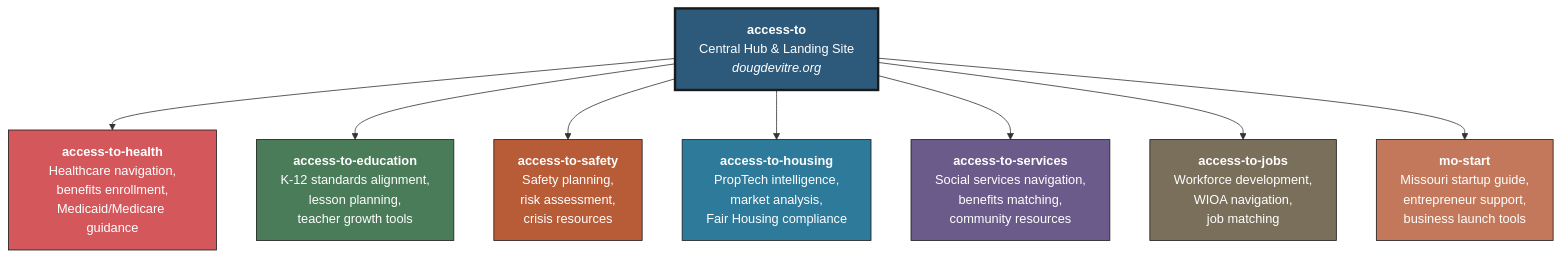
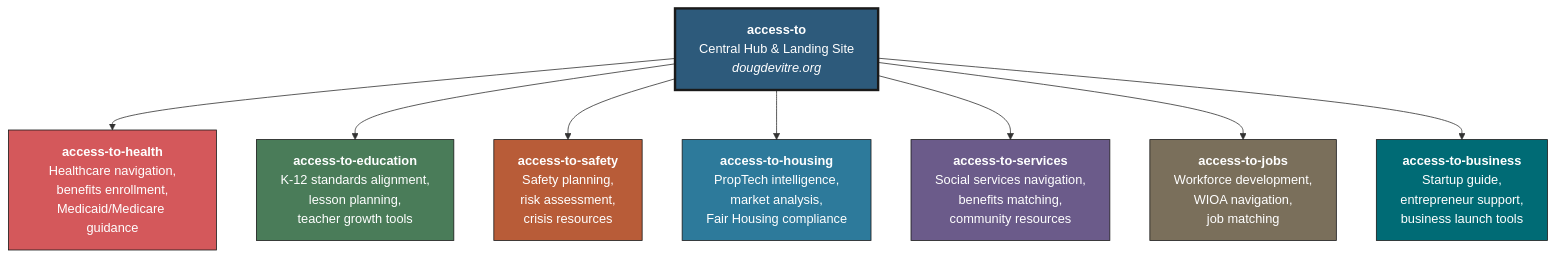
Before and after one commit to dougdevitre/access-to: the second of 6 diagrams in README.md, drawn with Mermaid. The commit also changed other lines of this file and 19 other files, not shown here.

````diff
--- a/README.md
+++ b/README.md
@@ -103,21 +103,21 @@
 ```mermaid
 flowchart TB
     HUB["<b>access-to</b><br/>Central Hub & Landing Site<br/><i>dougdevitre.org</i>"]
 
     HUB --> HEALTH["<b>access-to-health</b><br/>Healthcare navigation,<br/>benefits enrollment,<br/>Medicaid/Medicare guidance"]
     HUB --> EDU["<b>access-to-education</b><br/>K-12 standards alignment,<br/>lesson planning,<br/>teacher growth tools"]
     HUB --> SAFETY["<b>access-to-safety</b><br/>Safety planning,<br/>risk assessment,<br/>crisis resources"]
     HUB --> HOUSING["<b>access-to-housing</b><br/>PropTech intelligence,<br/>market analysis,<br/>Fair Housing compliance"]
     HUB --> SERVICES["<b>access-to-services</b><br/>Social services navigation,<br/>benefits matching,<br/>community resources"]
     HUB --> JOBS["<b>access-to-jobs</b><br/>Workforce development,<br/>WIOA navigation,<br/>job matching"]
-    HUB --> MOSTART["<b>mo-start</b><br/>Missouri startup guide,<br/>entrepreneur support,<br/>business launch tools"]
+    HUB --> BIZ["<b>access-to-business</b><br/>Startup guide,<br/>entrepreneur support,<br/>business launch tools"]
 
     style HUB fill:#2D5A7B,stroke:#1A1A1A,color:#fff,stroke-width:3px
     style HEALTH fill:#D4585B,stroke:#1A1A1A,color:#fff
     style EDU fill:#4A7C59,stroke:#1A1A1A,color:#fff
     style SAFETY fill:#B85C38,stroke:#1A1A1A,color:#fff
     style HOUSING fill:#2D7A9B,stroke:#1A1A1A,color:#fff
     style SERVICES fill:#6B5B8A,stroke:#1A1A1A,color:#fff
     style JOBS fill:#7A6F5B,stroke:#1A1A1A,color:#fff
-    style MOSTART fill:#C4785B,stroke:#1A1A1A,color:#fff
+    style BIZ fill:#006b75,stroke:#1A1A1A,color:#fff
 ```
````
